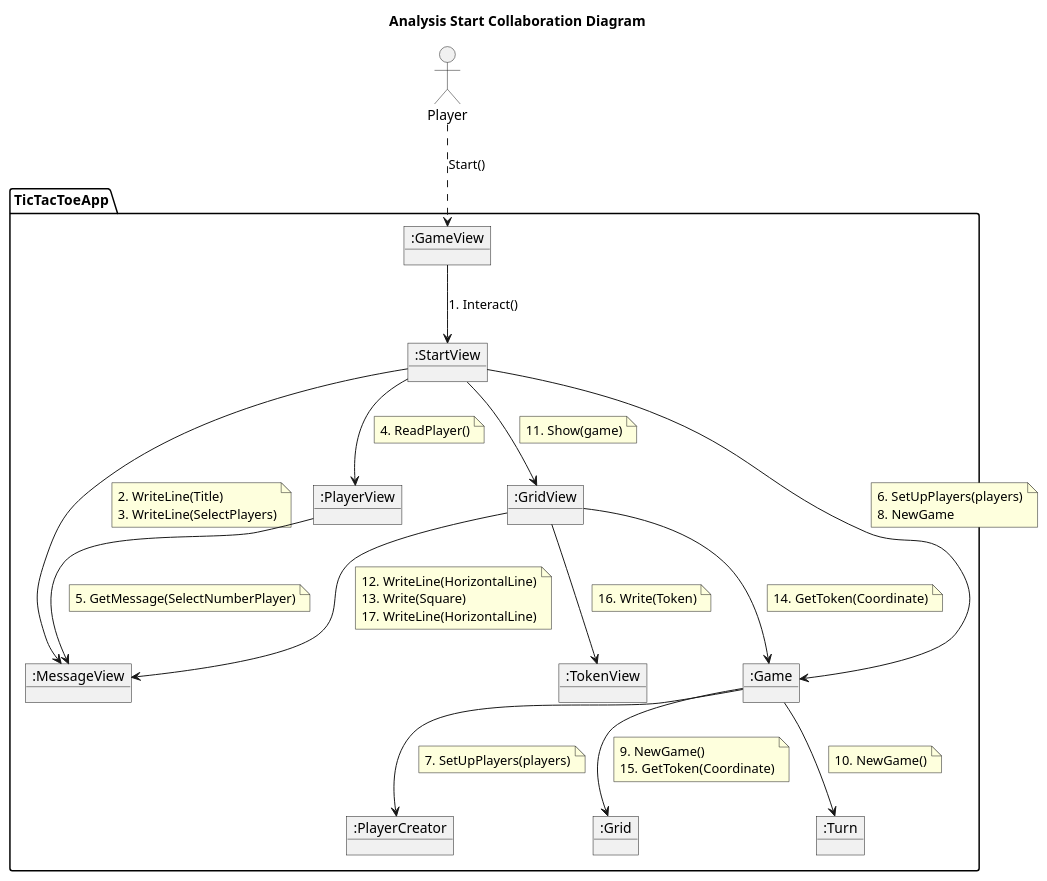
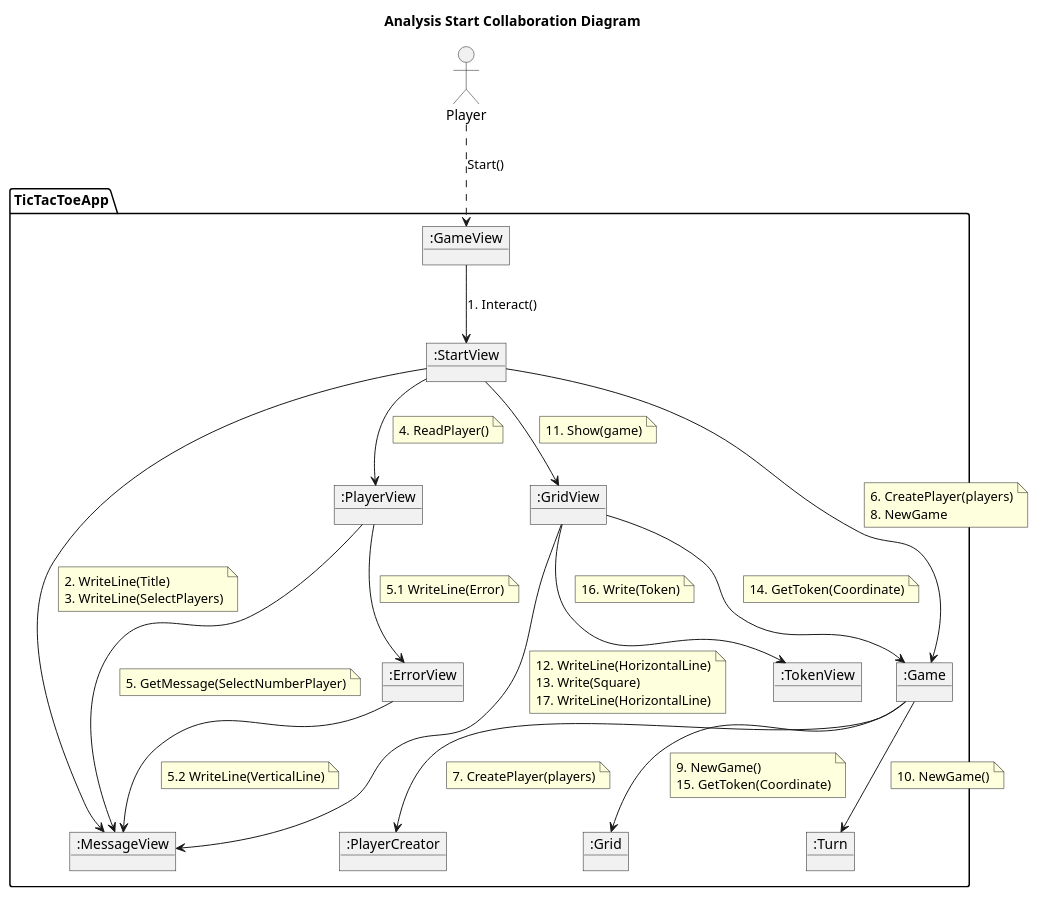
Before and after one commit to franpaulinoinfante/TicTacToe: the third of 9 diagrams in src/DocumentView/Basic/Docs/Analysis.plantuml, drawn with PlantUML. The commit also changed other lines of this file, not shown here.

```diff
--- a/src/DocumentView/Basic/Docs/Analysis.plantuml
+++ b/src/DocumentView/Basic/Docs/Analysis.plantuml
@@ -86,83 +106,93 @@
 @startuml Analysis Start Collaboration Diagram
     allowmixing
     title Analysis Start Collaboration Diagram
 
     actor "Player" as Actorr
     package TicTacToeApp{
         object ":GameView" as GameView{
         }
         object ":StartView" as StartView{
         }
         object ":MessageView" as MessageView{
         }
         object ":PlayerView" as PlayerView{
         }       
         object ":GridView" as GridView{
         }      
         object ":TokenView" as TokenView{
+        }       
+        object ":ErrorView" as ErrorView{
         }       
         
         object ":Game" as Game{
         }
         object ":PlayerCreator" as PlayerCreator{
         }
         object ":Grid" as Grid{
         }   
         object ":Turn" as Turn{
         }      
 
 
         Actorr ..> GameView : Start()
             GameView --> StartView : 1. Interact()
                 StartView --> MessageView
                     note on link
                         2. WriteLine(Title)
                         3. WriteLine(SelectPlayers)
                     endnote
                 StartView --> PlayerView
                     note on link
                         4. ReadPlayer()
                     endnote
                     PlayerView --> MessageView
                         note on link
                             5. GetMessage(SelectNumberPlayer)
                         endnote
+                    PlayerView --> ErrorView
+                        note on link
+                            5.1 WriteLine(Error)
+                        endnote
+                        ErrorView --> MessageView
+                            note on link
+                                5.2 WriteLine(VerticalLine)
+                            endnote
                 StartView --> Game 
                     note on link
-                        6. SetUpPlayers(players)
+                        6. CreatePlayer(players)
                         8. NewGame
                     endnote
                     Game --> PlayerCreator
                         note on link
-                            7. SetUpPlayers(players)
+                            7. CreatePlayer(players)
                         endnote
                     StartView --> GridView
                         note on link
                             11. Show(game)
                         endnote
                         GridView --> MessageView
                             note on link
                                 12. WriteLine(HorizontalLine)
                                 13. Write(Square)
                                 17. WriteLine(HorizontalLine)
                             endnote
                         GridView --> Game
                             note on link
                                 14. GetToken(Coordinate)
                             endnote
                             Game --> Grid
                                 note on link
                                     9. NewGame()
                                     15. GetToken(Coordinate)
                                 endnote
                             Game --> Turn
                                 note on link
                                     10. NewGame()
                                 endnote
                         GridView --> TokenView
                             note on link
                                 16. Write(Token)
                             endnote
                     
     }
 @enduml
```
